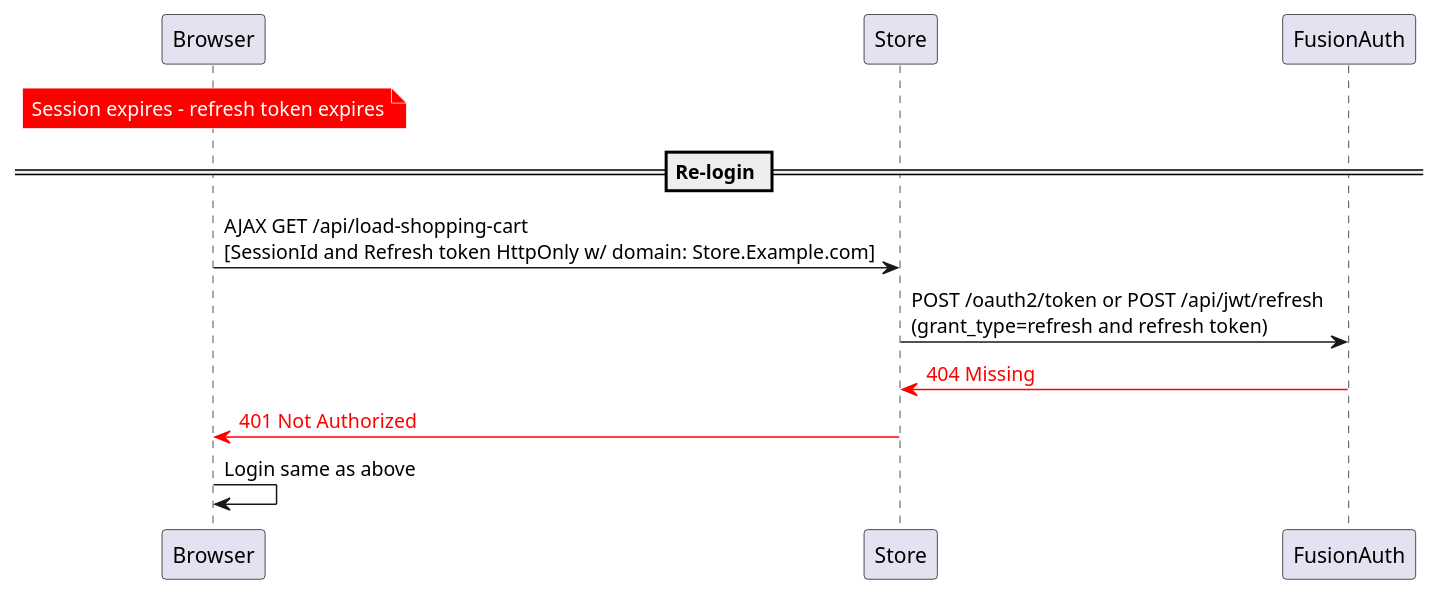
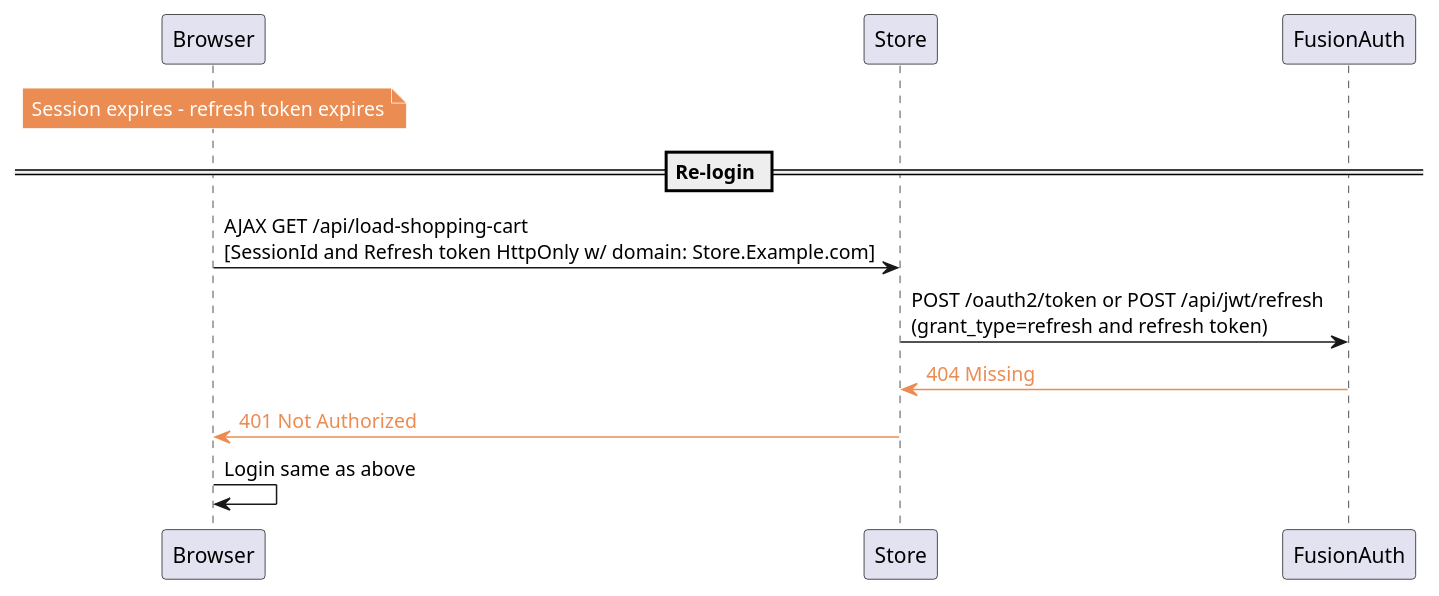
Before and after one commit to FusionAuth/fusionauth-site: the diagram in _diagrams/logins/SPA/_shopping-cart-session-refresh-relogin.plantuml, drawn with PlantUML. The commit also changed 33 other files, not shown here.

Commit message:
More work on diagram design and login reference pages

```diff
--- a/_diagrams/logins/SPA/_shopping-cart-session-refresh-relogin.plantuml
+++ b/_diagrams/logins/SPA/_shopping-cart-session-refresh-relogin.plantuml
@@ -1,8 +1,8 @@
-note over Browser #red;line:white : <color white>Session expires - refresh token expires</color>
+note over Browser #EB8C52;line:white : <color white>Session expires - refresh token expires</color>
 
 == Re-login ==
 Browser->Store : AJAX GET /api/load-shopping-cart\n[SessionId and Refresh token HttpOnly w/ domain: Store.Example.com]
 Store->FusionAuth : POST /oauth2/token or POST /api/jwt/refresh\n(grant_type=refresh and refresh token)
-FusionAuth-[#red]>Store : <color red>404 Missing</color>
-Store-[#red]>Browser : <color red>401 Not Authorized</color>
+FusionAuth-[#EB8C52]>Store : <color #EB8C52>404 Missing</color>
+Store-[#EB8C52]>Browser : <color #EB8C52>401 Not Authorized</color>
 Browser->Browser : Login same as above
```
